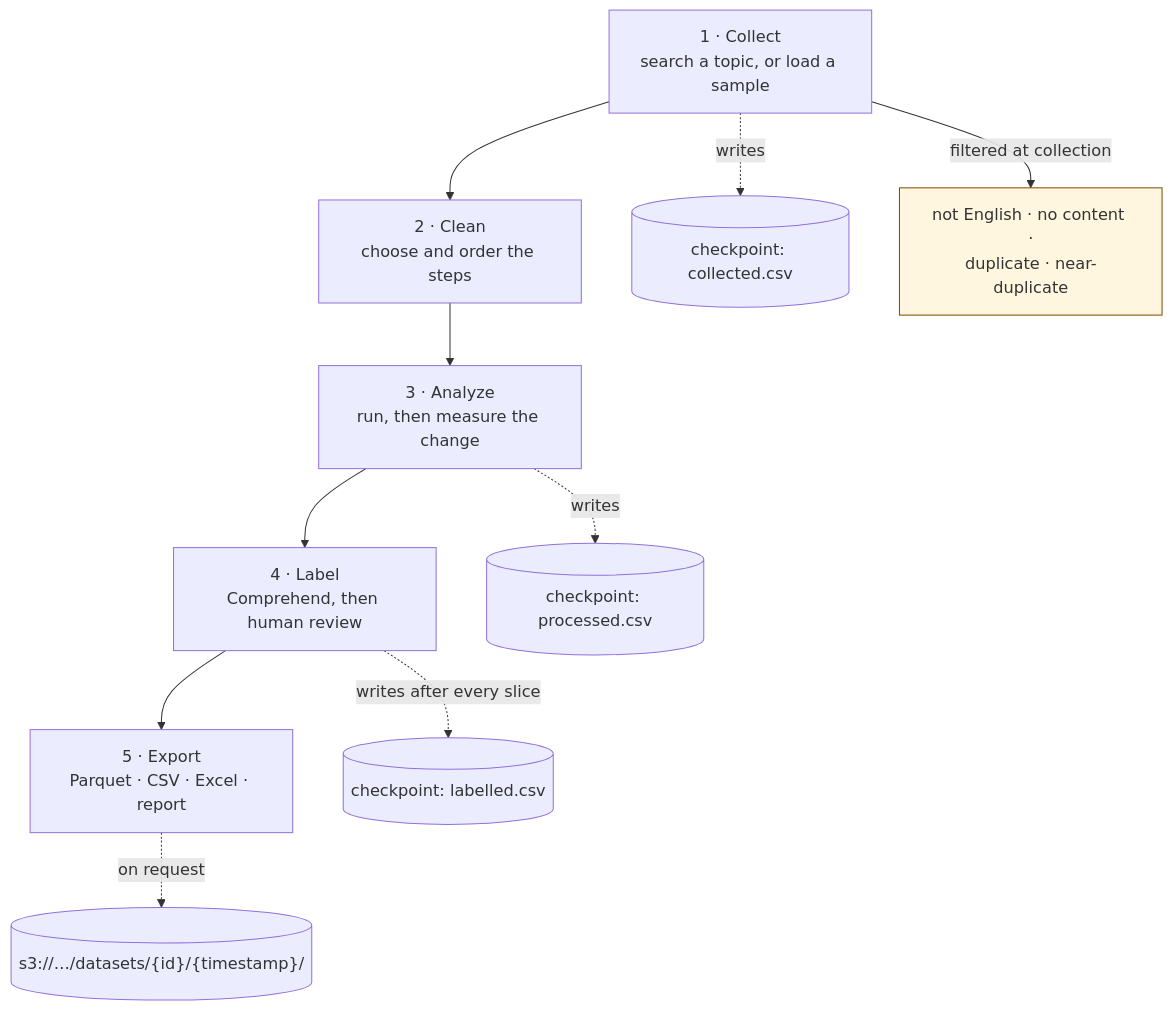
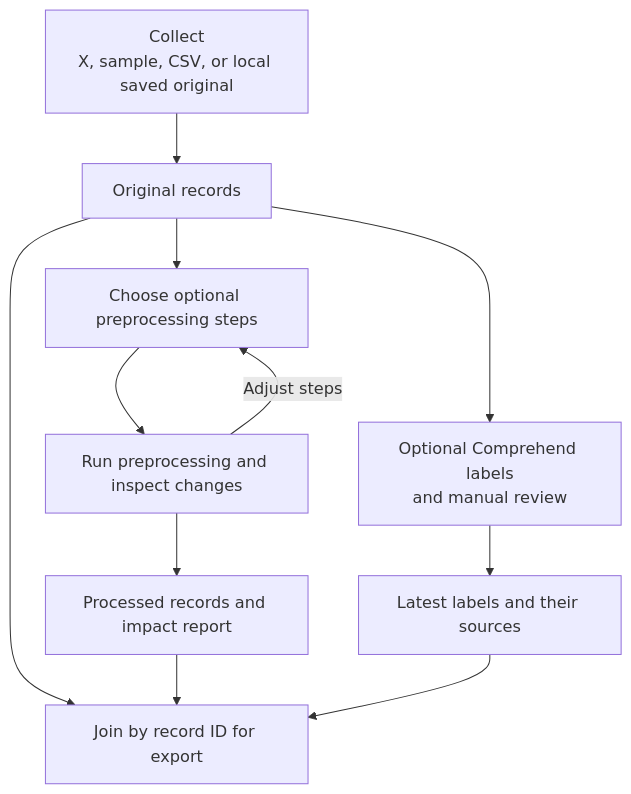
The second of 6 diagrams in docs/architecture-diagrams.md (rharper12/NLP_Sentiment_Analyis), drawn with Mermaid before and after one commit. The commit also changed other lines of this file and 38 other files, not shown here.

````diff
--- a/docs/architecture-diagrams.md
+++ b/docs/architecture-diagrams.md
@@ -47,17 +32,15 @@
 ```mermaid
 flowchart TD
-    A["1 · Collect<br/>search a topic, or load a sample"] --> B["2 · Clean<br/>choose and order the steps"]
-    B --> C["3 · Analyze<br/>run, then measure the change"]
-    C --> D["4 · Label<br/>Comprehend, then human review"]
-    D --> E["5 · Export<br/>Parquet · CSV · Excel · report"]
-
-    A -.writes.-> ck1[("checkpoint: collected.csv")]
-    C -.writes.-> ck2[("checkpoint: processed.csv")]
-    D -.writes after every slice.-> ck3[("checkpoint: labelled.csv")]
-    E -.on request.-> save[("s3://…/datasets/{id}/{timestamp}/")]
-
-    A -->|filtered at collection| drop["not English · no content ·<br/>duplicate · near-duplicate"]
-
-    classDef note fill:#fff6e0,stroke:#7a4b00;
-    class drop note
+    accTitle: Dataset dependencies
+    accDescr: Original records feed preprocessing and labelling; exports join original text, processed text, and current labels by record ID.
+    Collect["Collect<br/>X, sample, CSV, or local saved original"] --> Original["Original records"]
+    Original --> Clean["Choose optional preprocessing steps"]
+    Clean --> Analyze["Run preprocessing and inspect changes"]
+    Analyze --> Processed["Processed records and impact report"]
+    Analyze -->|Adjust steps| Clean
+    Original --> Label["Optional Comprehend labels<br/>and manual review"]
+    Label --> Annotations["Latest labels and their sources"]
+    Original --> Export["Join by record ID for export"]
+    Processed --> Export
+    Annotations --> Export
 ```
````
